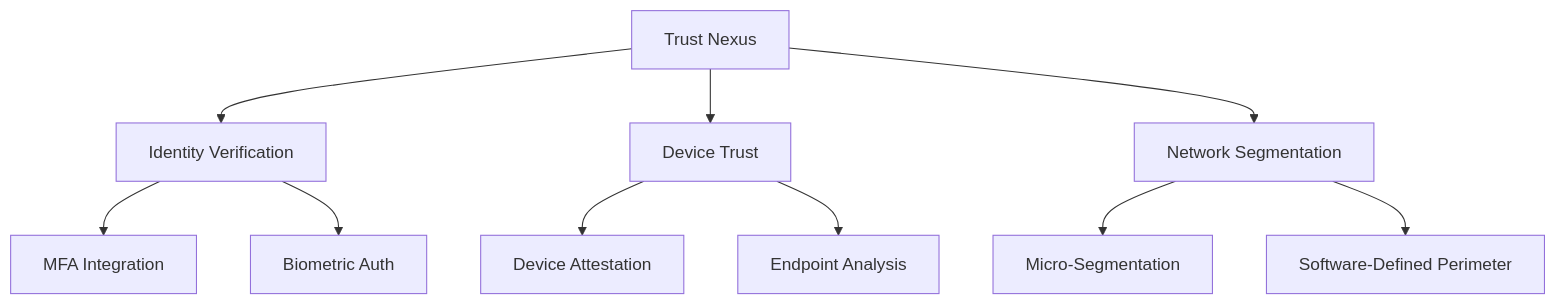
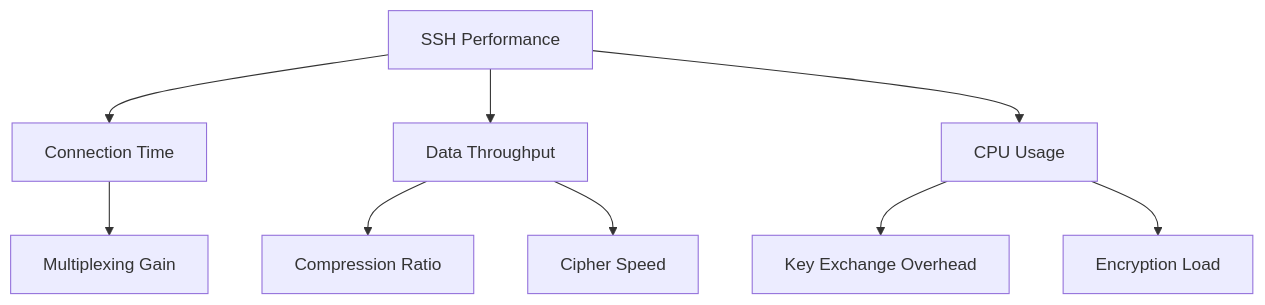
Before and after one commit to cipherbite/mastering-linux: the third of 6 diagrams in mastering-ssh-part-one/6 - Advance SSH Usage.md, drawn with Mermaid. The commit also changed other lines of this file, not shown here.

Commit message:
Update 6 - Advance SSH Usage.md

````diff
--- a/mastering-ssh-part-one/6 - Advance SSH Usage.md
+++ b/mastering-ssh-part-one/6 - Advance SSH Usage.md
@@ -160,12 +208,11 @@
 ```mermaid
 graph TD
-    A[Trust Nexus] --> B[Identity Verification]
-    A --> C[Device Trust]
-    A --> D[Network Segmentation]
-    B --> E[MFA Integration]
-    B --> F[Biometric Auth]
-    C --> G[Device Attestation]
-    C --> H[Endpoint Analysis]
-    D --> I[Micro-Segmentation]
-    D --> J[Software-Defined Perimeter]
+    A[SSH Performance] --> B[Connection Time]
+    A --> C[Data Throughput]
+    A --> D[CPU Usage]
+    B --> E[Multiplexing Gain]
+    C --> F[Compression Ratio]
+    C --> G[Cipher Speed]
+    D --> H[Key Exchange Overhead]
+    D --> I[Encryption Load]
 ```
````
